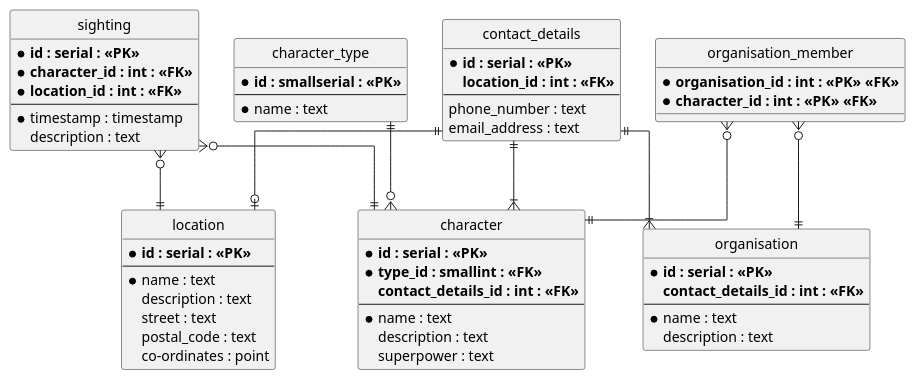
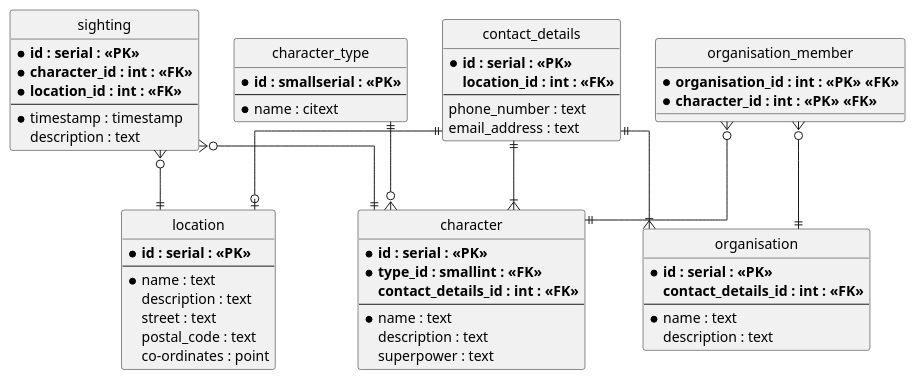
Before and after one commit to aidlran/C299: the diagram in superhero-sightings/sql/entity-relationship-diagram.puml, drawn with PlantUML. The commit also changed 1 other file, not shown here.

Commit message:
Superhero Sightings: using citext type in database

```diff
--- a/superhero-sightings/sql/entity-relationship-diagram.puml
+++ b/superhero-sightings/sql/entity-relationship-diagram.puml
@@ -3,89 +3,89 @@
 @startuml entity-relationship-diagram
 
 '''''''''''''''''''''
 ' PLANTUML SETTINGS '
 '''''''''''''''''''''
 
 ' hide the spot
 hide circle
 
 ' avoid problems with angled crows feet
 skinparam linetype ortho
 
 ''''''''''
 ' TABLES '
 ''''''''''
 
 entity character {
 	* **id : serial : <<PK>>**
 	* **type_id : smallint : <<FK>>**
 	**contact_details_id : int : <<FK>>**
 	--
 	* name : text
 	description : text
 	superpower : text
 }
 
 entity character_type {
 	* **id : smallserial : <<PK>>**
 	--
-	* name : text
+	* name : citext
 }
 
 entity contact_details {
 	* **id : serial : <<PK>>**
 	**location_id : int : <<FK>>**
 	--
 	phone_number : text
 	email_address : text
 }
 
 entity location {
 	* **id : serial : <<PK>>**
 	--
 	* name : text
 	description : text
 	street : text
 	postal_code : text
 	co-ordinates : point
 }
 
 entity organisation {
 	* **id : serial : <<PK>>**
 	**contact_details_id : int : <<FK>>**
 	--
 	* name : text
 	description : text
 }
 
 entity organisation_member {
 	* **organisation_id : int : <<PK>> <<FK>>**
 	* **character_id : int : <<PK>> <<FK>>**
 }
 
 entity sighting {
 	* **id : serial : <<PK>>**
 	* **character_id : int : <<FK>>**
 	* **location_id : int : <<FK>>**
 	--
 	* timestamp : timestamp
 	description : text
 }
 
 '''''''''''''''''
 ' RELATIONSHIPS '
 '''''''''''''''''
 
 character_type  ||--o{ character
 
 contact_details ||--o| location
 contact_details ||--|{ character
 contact_details ||--|{ organisation
 
 organisation_member }o--|| character
 organisation_member }o--|| organisation
 
 sighting }o--|| character
 sighting }o--|| location
 
 @enduml
```
